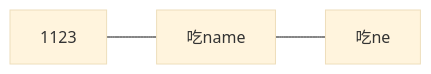
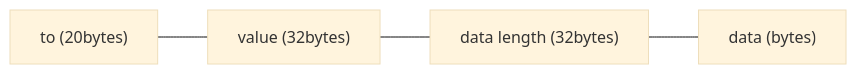
One commit to ethereum/ERCs changed the diagram in ERCS/erc-7638.md. Above: the diagram before and after it, drawn with Mermaid (base theme). The commit also changed other lines of this file, not shown here.

````diff
--- a/ERCS/erc-7638.md
+++ b/ERCS/erc-7638.md
@@ -42,4 +38,4 @@
 ```mermaid
 graph LR
-A[1123] --- B[吃name] --- C[吃ne]
+A["to (20bytes)"] --- B["value (32bytes)"] --- C["data length (32bytes)"] --- D["data (bytes)"]
 ```
````
